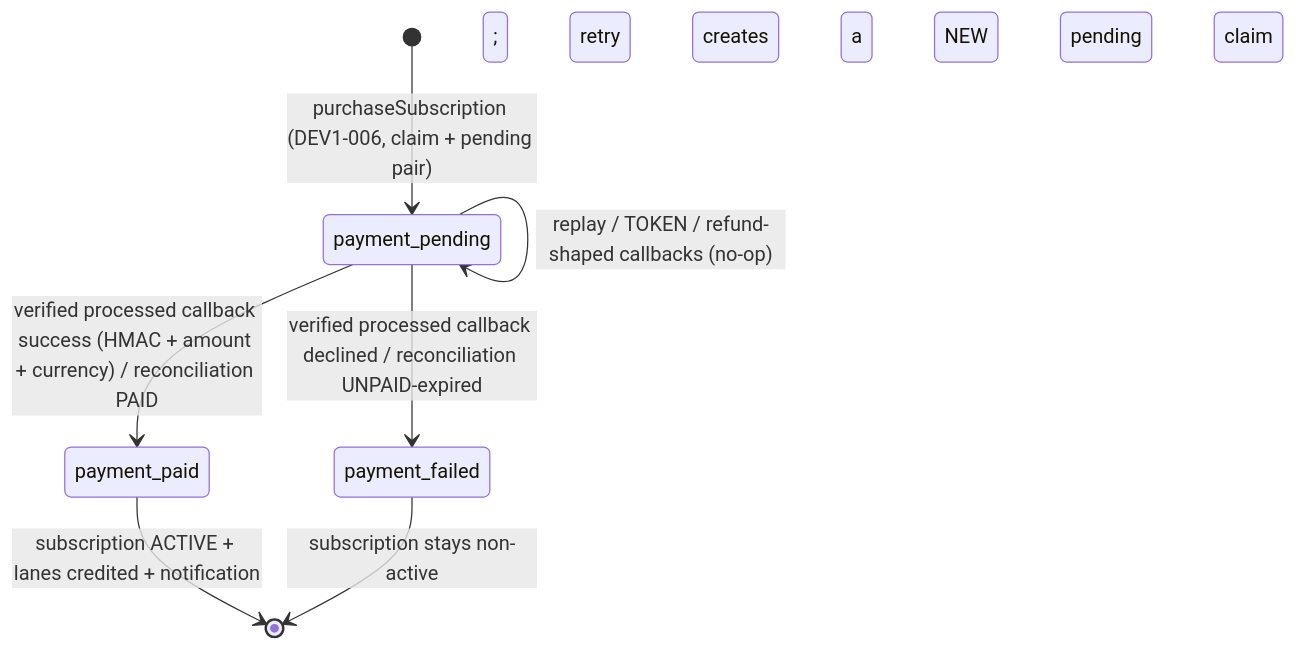
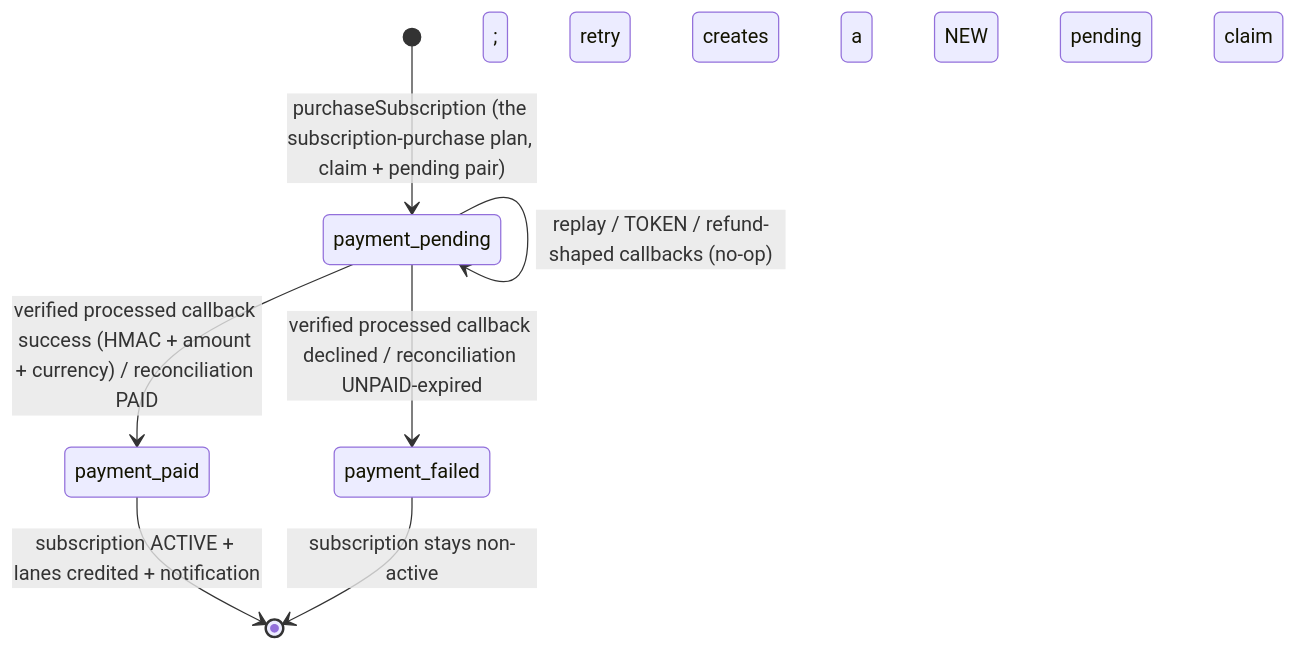
Before and after one commit to kottaby/kottaby: the second of 2 diagrams in ai/plans/sprint_1/paymob-gateway-integration/plan.md, drawn with Mermaid. The commit also changed other lines of this file and 297 other files, not shown here.

````diff
--- a/ai/plans/sprint_1/paymob-gateway-integration/plan.md
+++ b/ai/plans/sprint_1/paymob-gateway-integration/plan.md
@@ -222,9 +222,9 @@
 ```mermaid
 stateDiagram-v2
-    [*] --> payment_pending: purchaseSubscription (DEV1-006, claim + pending pair)
+    [*] --> payment_pending: purchaseSubscription (the subscription-purchase plan, claim + pending pair)
     payment_pending --> payment_paid: verified processed callback success (HMAC + amount + currency) / reconciliation PAID
     payment_pending --> payment_failed: verified processed callback declined / reconciliation UNPAID-expired
     payment_pending --> payment_pending: replay / TOKEN / refund-shaped callbacks (no-op)
     payment_paid --> [*]: subscription ACTIVE + lanes credited + notification
     payment_failed --> [*]: subscription stays non-active; retry creates a NEW pending claim
 ```
````
